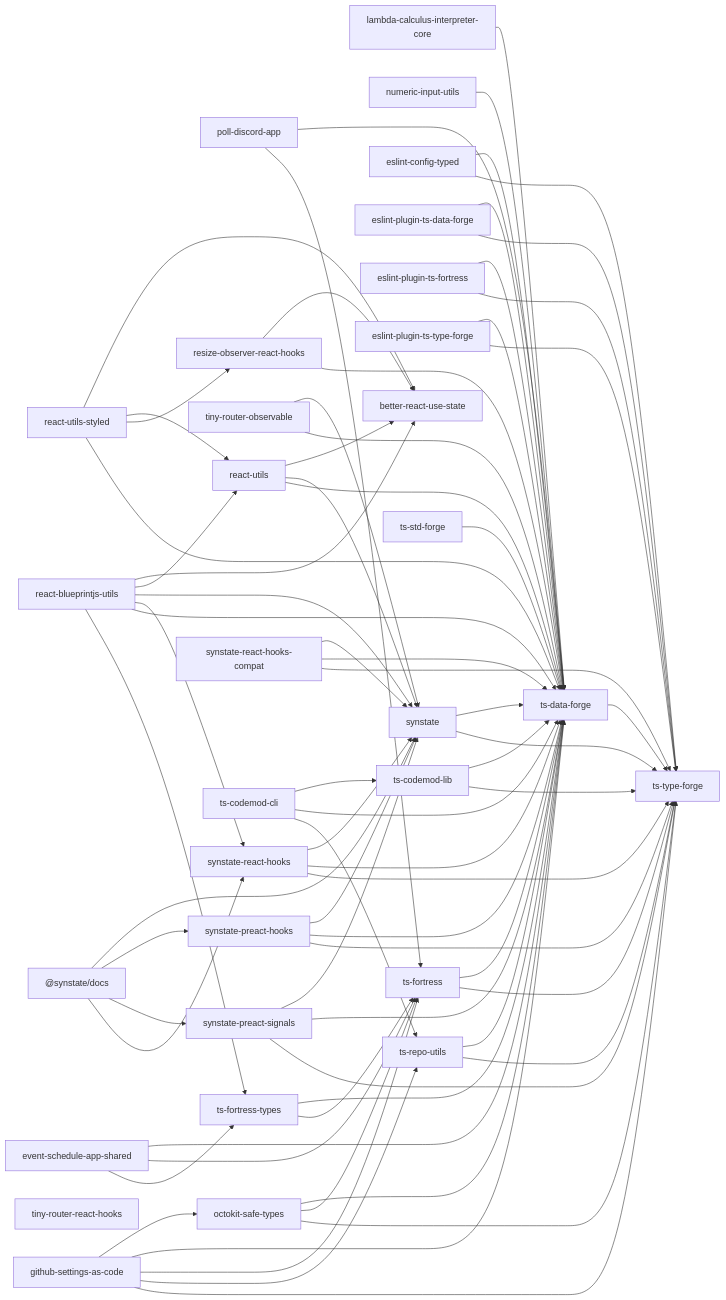
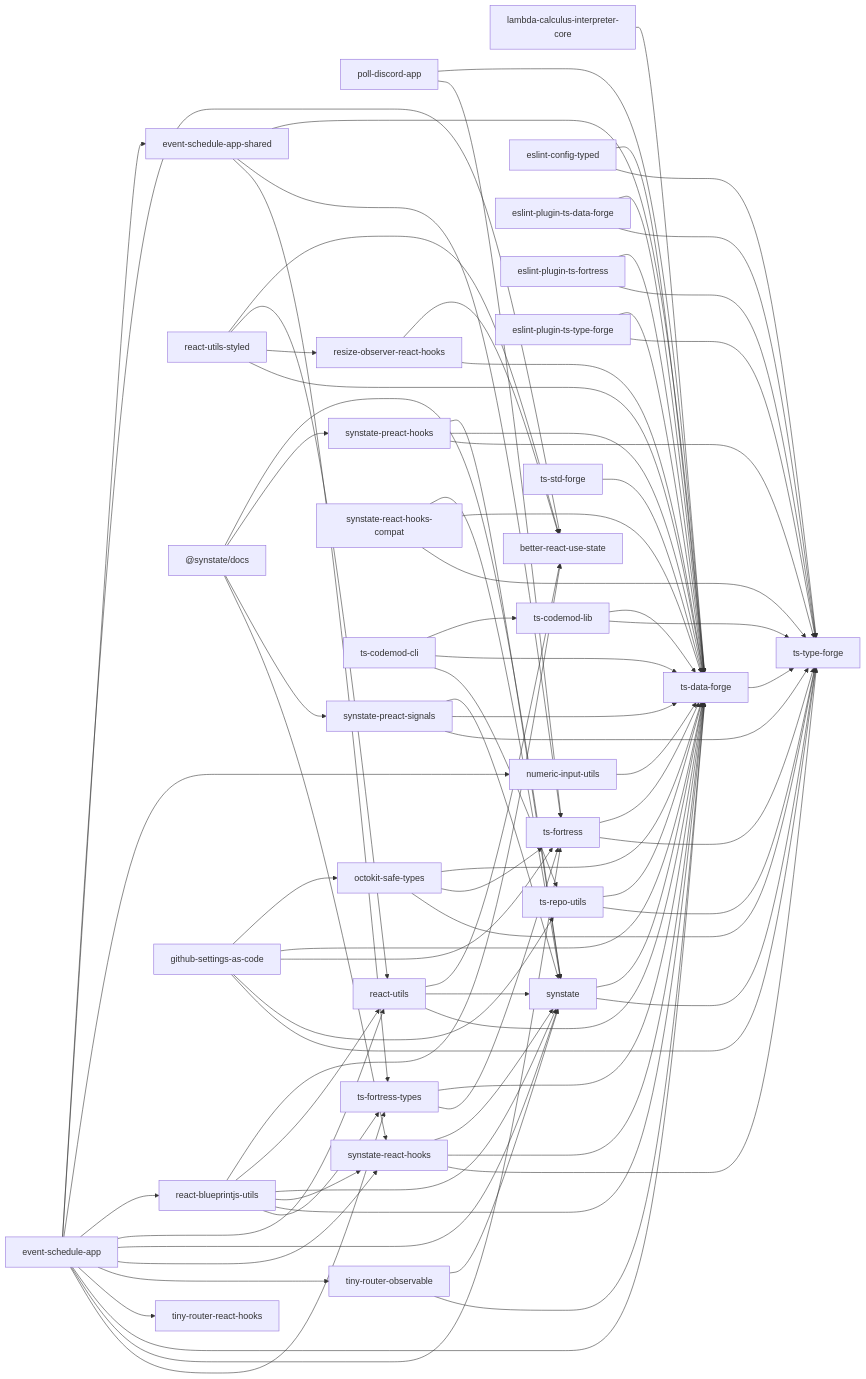
The diagram in docs/package-dependencies.md (noshiro-pf/mono), drawn with Mermaid before and after one commit. The commit also changed other lines of this file and 330 other files, not shown here.

First line of the commit message:
feat: restore event-schedule-app from experimental/ (#1714)

````diff
--- a/docs/package-dependencies.md
+++ b/docs/package-dependencies.md
@@ -13,5 +13,6 @@
 ```mermaid
 graph LR
+  event_schedule_app["event-schedule-app"]
   event_schedule_app_shared["event-schedule-app-shared"]
   lambda_calculus_interpreter_core["lambda-calculus-interpreter-core"]
   numeric_input_utils["numeric-input-utils"]
@@ -43,6 +44,18 @@
   ts_repo_utils["ts-repo-utils"]
   ts_std_forge["ts-std-forge"]
   ts_type_forge["ts-type-forge"]
+  event_schedule_app --> better_react_use_state
+  event_schedule_app --> event_schedule_app_shared
+  event_schedule_app --> numeric_input_utils
+  event_schedule_app --> react_blueprintjs_utils
+  event_schedule_app --> react_utils
+  event_schedule_app --> synstate
+  event_schedule_app --> synstate_react_hooks
+  event_schedule_app --> tiny_router_observable
+  event_schedule_app --> tiny_router_react_hooks
+  event_schedule_app --> ts_data_forge
+  event_schedule_app --> ts_fortress
+  event_schedule_app --> ts_fortress_types
   event_schedule_app_shared --> ts_data_forge
   event_schedule_app_shared --> ts_fortress
   event_schedule_app_shared --> ts_fortress_types
````
